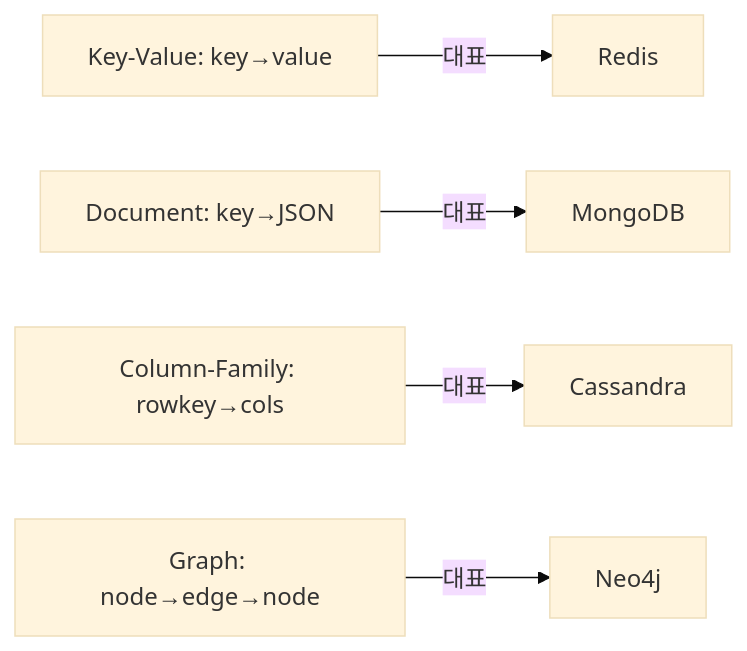
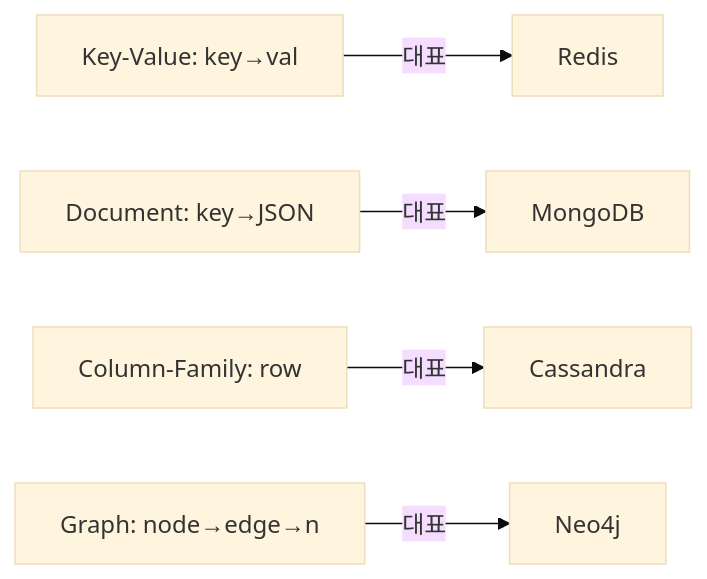
The first of 7 diagrams in _posts/nosql/2026-05-03-nosql-comparison.md (yjkim2015/yjkim2015.github.io), drawn with Mermaid (base theme) before and after one commit. The commit also changed other lines of this file and 271 other files, not shown here.

First line of the commit message:
Mermaid 라벨 축소: 긴 노드 텍스트 18자 이하로 트림 + \n 제거

````diff
--- a/_posts/nosql/2026-05-03-nosql-comparison.md
+++ b/_posts/nosql/2026-05-03-nosql-comparison.md
@@ -22,7 +22,7 @@
 ```mermaid
 graph LR
-    KV["Key-Value: key→value"] -->|대표| R["Redis"]
+    KV["Key-Value: key→val"] -->|대표| R["Redis"]
     DOC["Document: key→JSON"] -->|대표| M["MongoDB"]
-    CF["Column-Family: rowkey→cols"] -->|대표| C["Cassandra"]
-    GR["Graph: node→edge→node"] -->|대표| N["Neo4j"]
+    CF["Column-Family: row"] -->|대표| C["Cassandra"]
+    GR["Graph: node→edge→n"] -->|대표| N["Neo4j"]
 ```
````
